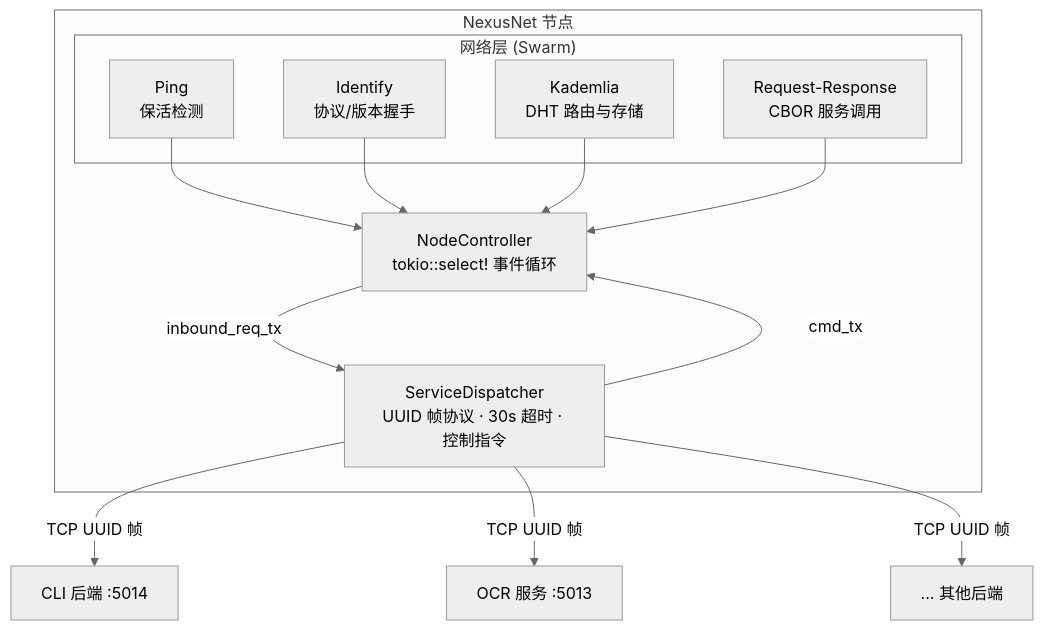
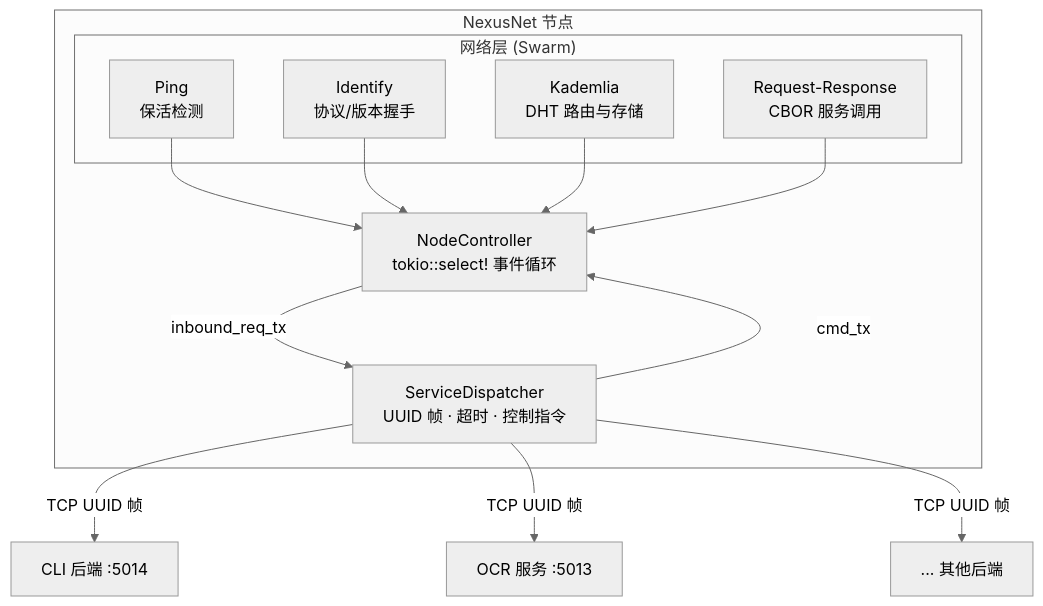
Before and after one commit to rplague/NexusNet: the diagram in README.zh-CN.md, drawn with Mermaid (neutral theme). The commit also changed other lines of this file and 1 other file, not shown here.

````diff
--- a/README.zh-CN.md
+++ b/README.zh-CN.md
@@ -9,28 +48,28 @@
 ```mermaid
 graph TD
     subgraph N["NexusNet 节点"]
         subgraph SW["网络层 (Swarm)"]
             PING["Ping<br/>保活检测"]
             ID["Identify<br/>协议/版本握手"]
             KAD["Kademlia<br/>DHT 路由与存储"]
             RR["Request-Response<br/>CBOR 服务调用"]
         end
 
         NC["NodeController<br/>tokio::select! 事件循环"]
-        SD["ServiceDispatcher<br/>UUID 帧协议 · 30s 超时 · 控制指令"]
+        SD["ServiceDispatcher<br/>UUID 帧 · 超时 · 控制指令"]
     end
 
     CLI["CLI 后端 :5014"]
     OCR["OCR 服务 :5013"]
     MORE["... 其他后端"]
 
     PING --> NC
     ID --> NC
     KAD --> NC
     RR --> NC
     NC -->|inbound_req_tx| SD
     SD -->|cmd_tx| NC
     SD -->|TCP UUID 帧| CLI
     SD -->|TCP UUID 帧| OCR
     SD -->|TCP UUID 帧| MORE
 ```
````
